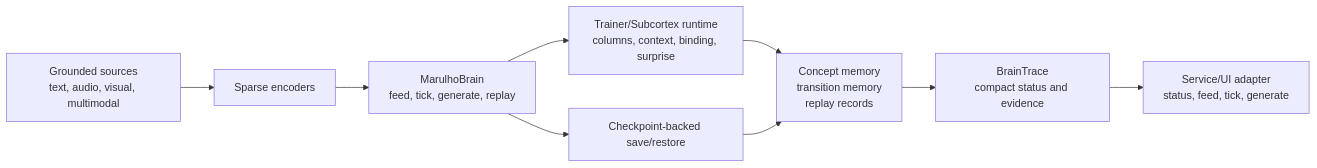
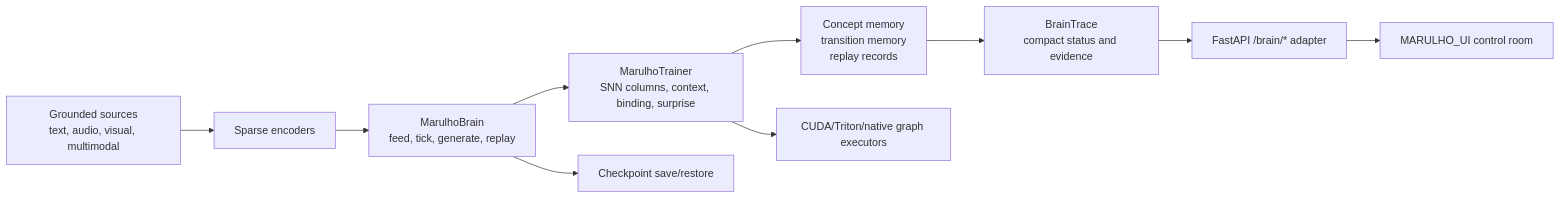
One commit to Tuafo/MARULHO changed the diagram in README.md. Above: the diagram before and after it, drawn with Mermaid. The commit also changed other lines of this file and 15 other files, not shown here.

````diff
--- a/README.md
+++ b/README.md
@@ -39,11 +40,12 @@
 ```mermaid
 flowchart LR
     Sources["Grounded sources<br/>text, audio, visual, multimodal"] --> Encoders["Sparse encoders"]
     Encoders --> Brain["MarulhoBrain<br/>feed, tick, generate, replay"]
-    Brain --> Subcortex["Trainer/Subcortex runtime<br/>columns, context, binding, surprise"]
-    Subcortex --> Memory["Concept memory<br/>transition memory<br/>replay records"]
+    Brain --> Trainer["MarulhoTrainer<br/>SNN columns, context, binding, surprise"]
+    Trainer --> Memory["Concept memory<br/>transition memory<br/>replay records"]
+    Trainer --> CUDA["CUDA/Triton/native graph executors"]
     Memory --> Trace["BrainTrace<br/>compact status and evidence"]
-    Trace --> Surface["Service/UI adapter<br/>status, feed, tick, generate"]
-    Brain --> Checkpoints["Checkpoint-backed save/restore"]
-    Checkpoints --> Memory
+    Brain --> Checkpoints["Checkpoint save/restore"]
+    Trace --> Service["FastAPI /brain/* adapter"]
+    Service --> UI["MARULHO_UI control room"]
 ```
````
